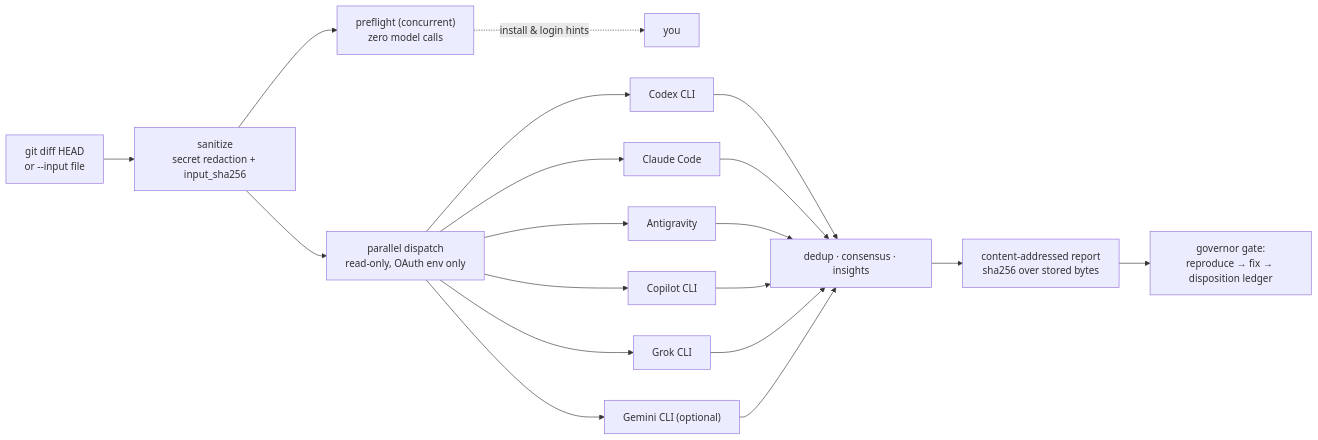
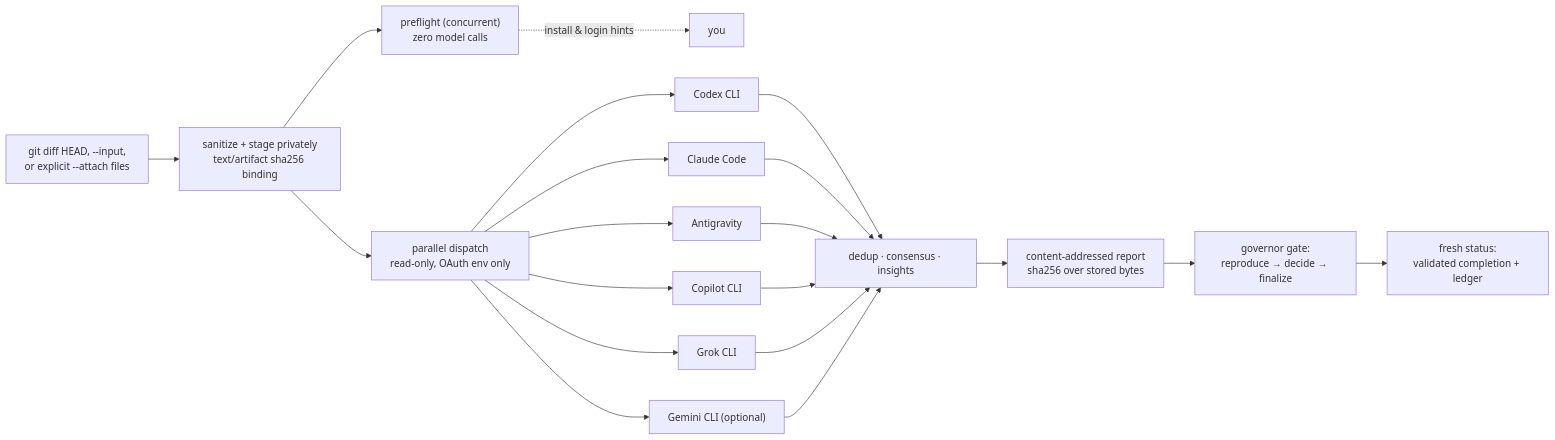
Before and after one commit to marroccofella/skills: the first of 2 diagrams in README.md, drawn with Mermaid. The commit also changed other lines of this file and 24 other files, not shown here.

````diff
--- a/README.md
+++ b/README.md
@@ -53,21 +57,22 @@
 ```mermaid
 flowchart LR
-    A["git diff HEAD<br/>or --input file"] --> B["sanitize<br/>secret redaction + input_sha256"]
+    A["git diff HEAD, --input,<br/>or explicit --attach files"] --> B["sanitize + stage privately<br/>text/artifact sha256 binding"]
     B --> P["preflight (concurrent)<br/>zero model calls"]
     B --> D["parallel dispatch<br/>read-only, OAuth env only"]
     P -."install & login hints".-> U["you"]
     D --> E["Codex CLI"]
     D --> F["Claude Code"]
     D --> G["Antigravity"]
     D --> H["Copilot CLI"]
     D --> X["Grok CLI"]
     D --> Y["Gemini CLI (optional)"]
     E --> I["dedup · consensus · insights"]
     F --> I
     G --> I
     H --> I
     X --> I
     Y --> I
     I --> J["content-addressed report<br/>sha256 over stored bytes"]
-    J --> K["governor gate:<br/>reproduce → fix → disposition ledger"]
+    J --> K["governor gate:<br/>reproduce → decide → finalize"]
+    K --> L["fresh status:<br/>validated completion + ledger"]
 ```
````
